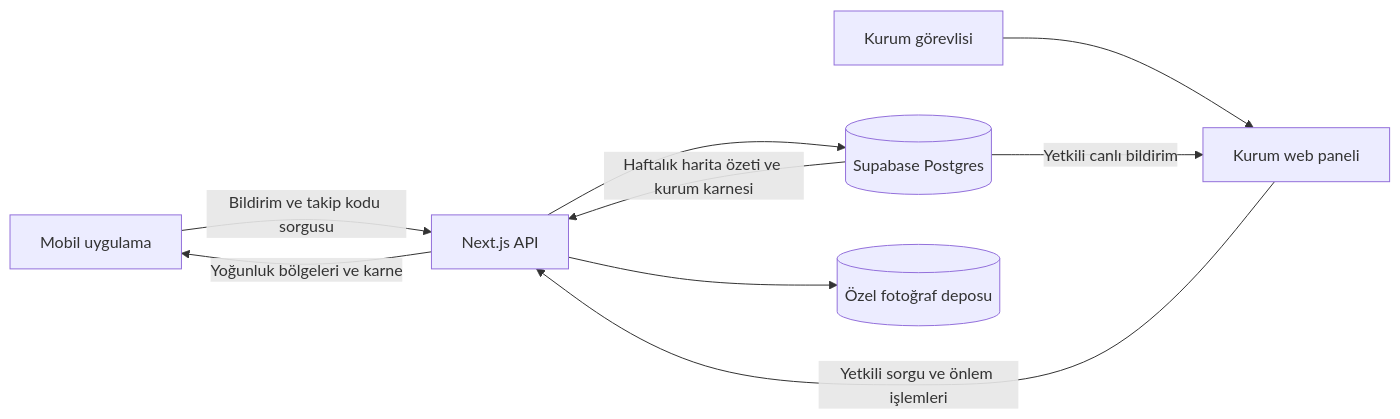
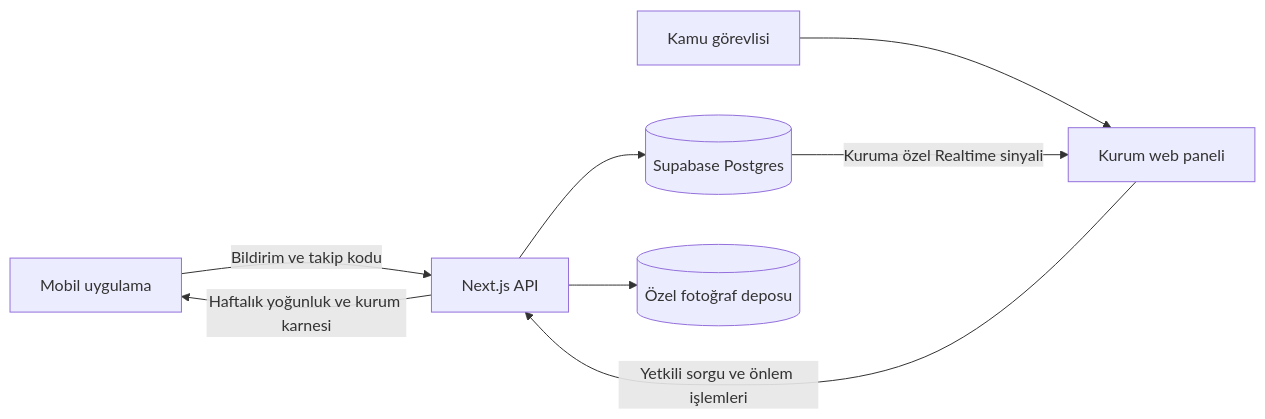
Before and after one commit to Bariskosee/TwoBytes: the diagram in README.md, drawn with Mermaid. The commit also changed other lines of this file and 17 other files, not shown here.

````diff
--- a/README.md
+++ b/README.md
@@ -48,11 +45,10 @@
 ```mermaid
 flowchart LR
-    Mobile[Mobil uygulama] -->|Bildirim ve takip kodu sorgusu| API[Next.js API]
-    Officer[Kurum görevlisi] --> Web[Kurum web paneli]
-    Web -->|Yetkili sorgu ve önlem işlemleri| API
+    Mobile[Mobil uygulama] -->|Bildirim ve takip kodu| API[Next.js API]
+    API -->|Haftalık yoğunluk ve kurum karnesi| Mobile
+    Officer[Kamu görevlisi] --> Panel[Kurum web paneli]
+    Panel -->|Yetkili sorgu ve önlem işlemleri| API
     API --> DB[(Supabase Postgres)]
+    DB -->|Kuruma özel Realtime sinyali| Panel
     API --> Storage[(Özel fotoğraf deposu)]
-    DB -->|Yetkili canlı bildirim| Web
-    DB -->|Haftalık harita özeti ve kurum karnesi| API
-    API -->|Yoğunluk bölgeleri ve karne| Mobile
 ```
````
